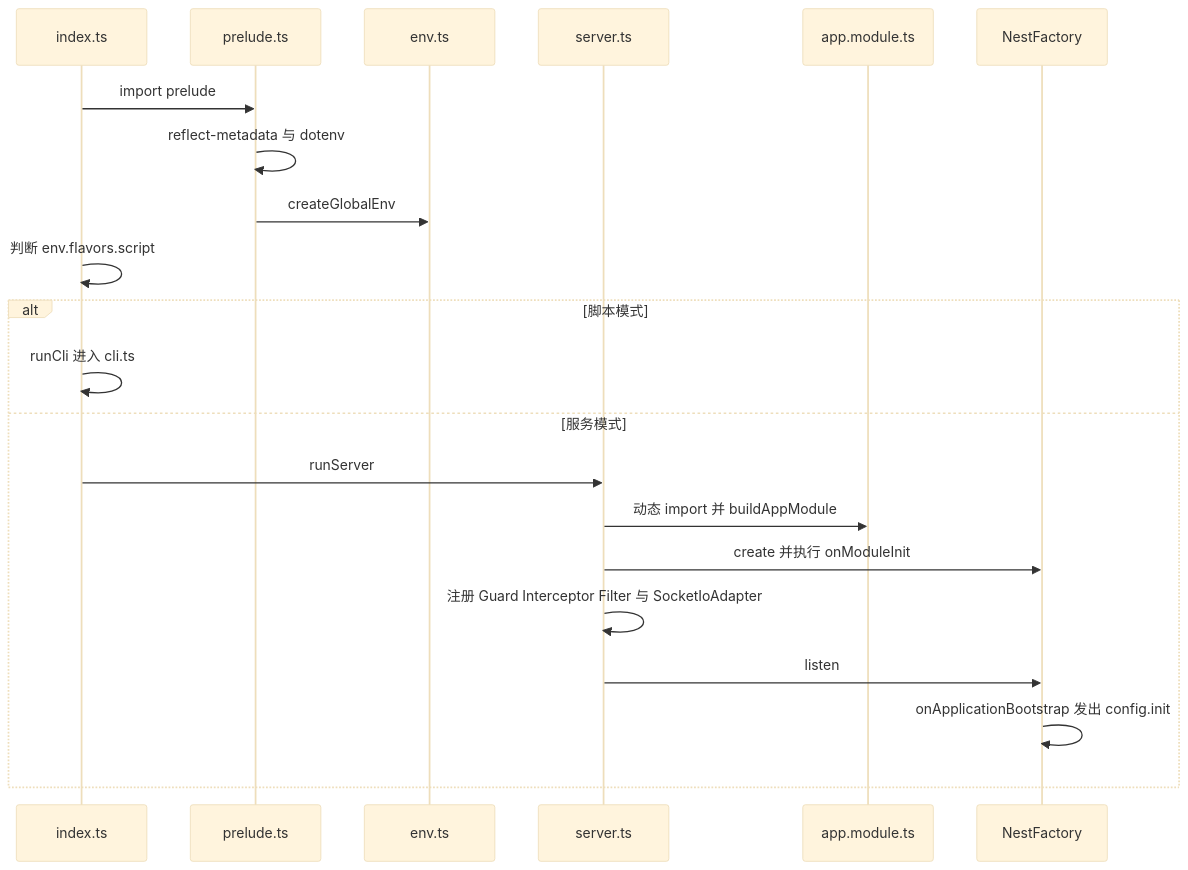
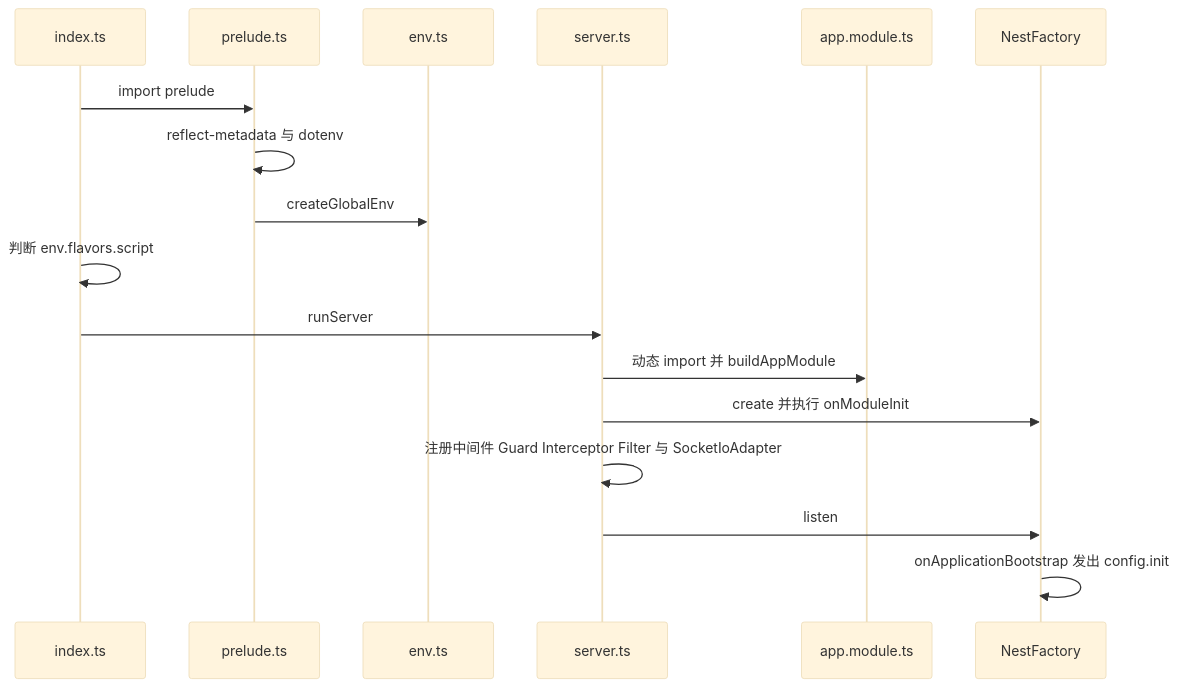
The third of 6 diagrams in learning-guide/slides/decks/21.md (lfire/AFFiNE), drawn with Mermaid (base theme) before and after one commit. The commit also changed other lines of this file and 46 other files, not shown here.

````diff
--- a/learning-guide/slides/decks/21.md
+++ b/learning-guide/slides/decks/21.md
@@ -164,23 +178,19 @@
 ```mermaid
 sequenceDiagram
-    participant I as index.ts
-    participant P as prelude.ts
-    participant E as env.ts
-    participant S as server.ts
-    participant M as app.module.ts
-    participant Nest as NestFactory
-    I->>P: import prelude
-    P->>P: reflect-metadata 与 dotenv
-    P->>E: createGlobalEnv
-    I->>I: 判断 env.flavors.script
-    alt 脚本模式
-        I->>I: runCli 进入 cli.ts
-    else 服务模式
-        I->>S: runServer
-        S->>M: 动态 import 并 buildAppModule
-        S->>Nest: create 并执行 onModuleInit
-        S->>S: 注册 Guard Interceptor Filter 与 SocketIoAdapter
-        S->>Nest: listen
-        Nest->>Nest: onApplicationBootstrap 发出 config.init
-    end
+  participant I as index.ts
+  participant P as prelude.ts
+  participant E as env.ts
+  participant S as server.ts
+  participant M as app.module.ts
+  participant Nest as NestFactory
+  I->>P: import prelude
+  P->>P: reflect-metadata 与 dotenv
+  P->>E: createGlobalEnv
+  I->>I: 判断 env.flavors.script
+  I->>S: runServer
+  S->>M: 动态 import 并 buildAppModule
+  S->>Nest: create 并执行 onModuleInit
+  S->>S: 注册中间件 Guard Interceptor Filter 与 SocketIoAdapter
+  S->>Nest: listen
+  Nest->>Nest: onApplicationBootstrap 发出 config.init
 ```
````
